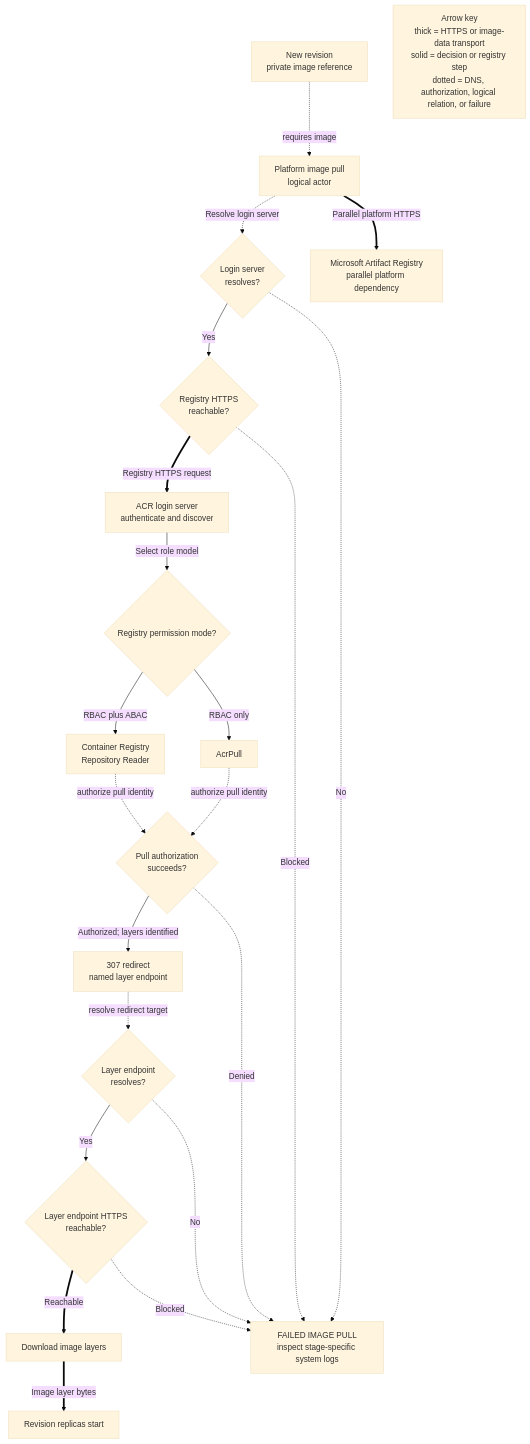
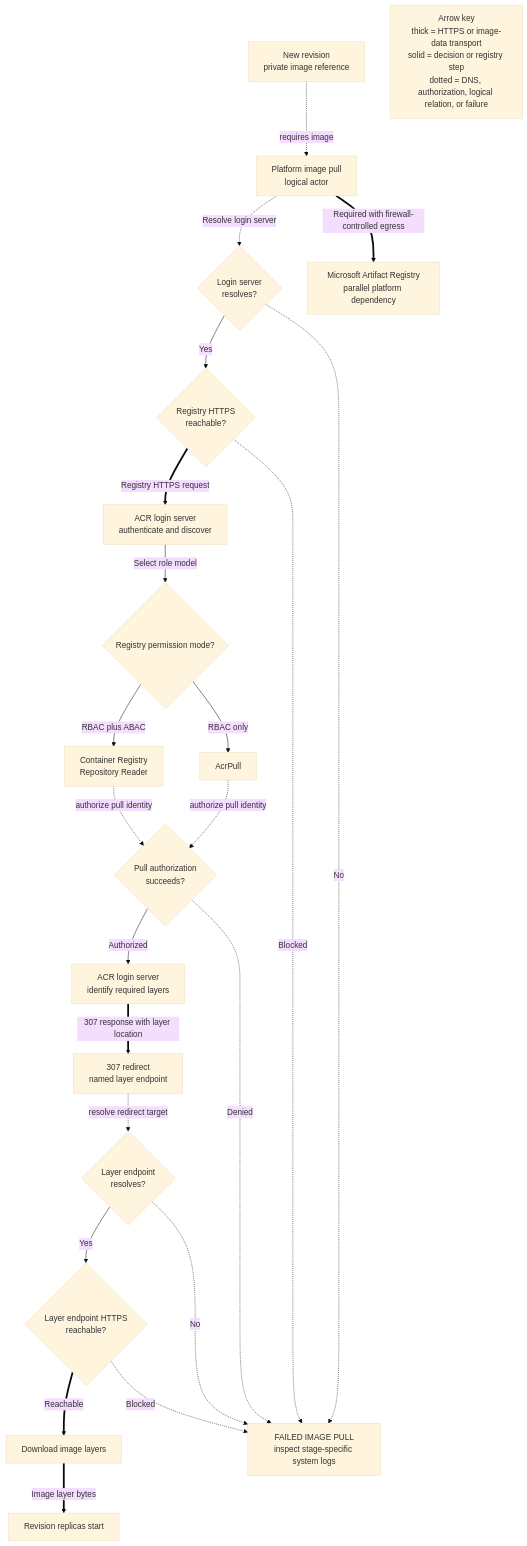
Before and after one commit to yeongseon/azure-container-apps-practical-guide: the diagram in docs/operations/image-pull-and-registry/index.md, drawn with Mermaid (base theme). The commit also changed other lines of this file and 1 other file, not shown here.

Commit message:
fix(diagrams): clarify compliance and image pull dependencies

````diff
--- a/docs/operations/image-pull-and-registry/index.md
+++ b/docs/operations/image-pull-and-registry/index.md
@@ -144,45 +146,47 @@
 ```mermaid
 flowchart TD
     accTitle: Azure Container Apps image pull decision flow
-    accDescr: A new revision needs an image. The platform resolves and reaches the registry login server before authentication and pull authorization. An ABAC-enabled registry requires Container Registry Repository Reader, while an RBAC-only registry requires AcrPull. After authorization and discovery, ACR redirects layer downloads with HTTP 307 to a named data endpoint or regional storage endpoint, which must also resolve and accept HTTPS. Microsoft Artifact Registry is a parallel platform dependency.
+    accDescr: A new revision needs an image. The platform resolves and reaches the registry login server before authentication and pull authorization. An ABAC-enabled registry requires Container Registry Repository Reader, while an RBAC-only registry requires AcrPull. After authorization, the ACR login server discovers the required layers and responds with an HTTP 307 redirect to a named data endpoint or regional storage endpoint, which must also resolve and accept HTTPS. In firewall-controlled environments, Microsoft Artifact Registry is a separate required platform dependency.
 
     REV_ACTIVE["New revision<br/>private image reference"]
     PULLER["Platform image pull<br/>logical actor"]
     LOGIN_DNS{"Login server<br/>resolves?"}
     LOGIN_HTTPS{"Registry HTTPS<br/>reachable?"}
     ACR["ACR login server<br/>authenticate and discover"]
     MODE{"Registry permission mode?"}
     ABAC["Container Registry<br/>Repository Reader"]
     RBAC["AcrPull"]
     AUTH{"Pull authorization<br/>succeeds?"}
+    DISCOVERY["ACR login server<br/>identify required layers"]
     REDIRECT["307 redirect<br/>named layer endpoint"]
     DATA_DNS{"Layer endpoint<br/>resolves?"}
     DATA_HTTPS{"Layer endpoint HTTPS<br/>reachable?"}
     LAYERS["Download image layers"]
     REPLICAS["Revision replicas start"]
     FAIL["FAILED IMAGE PULL<br/>inspect stage-specific system logs"]
     MCR["Microsoft Artifact Registry<br/>parallel platform dependency"]
 
     REV_ACTIVE -.->|"requires image"| PULLER
     PULLER -.->|"Resolve login server"| LOGIN_DNS
     LOGIN_DNS -->|"Yes"| LOGIN_HTTPS
     LOGIN_DNS -.->|"No"| FAIL
     LOGIN_HTTPS ==>|"Registry HTTPS request"| ACR
     LOGIN_HTTPS -.->|"Blocked"| FAIL
     ACR -->|"Select role model"| MODE
     MODE -->|"RBAC plus ABAC"| ABAC
     MODE -->|"RBAC only"| RBAC
     ABAC -.->|"authorize pull identity"| AUTH
     RBAC -.->|"authorize pull identity"| AUTH
-    AUTH -->|"Authorized; layers identified"| REDIRECT
+    AUTH -->|"Authorized"| DISCOVERY
     AUTH -.->|"Denied"| FAIL
+    DISCOVERY ==>|"307 response with layer location"| REDIRECT
     REDIRECT -.->|"resolve redirect target"| DATA_DNS
     DATA_DNS -->|"Yes"| DATA_HTTPS
     DATA_DNS -.->|"No"| FAIL
     DATA_HTTPS ==>|"Reachable"| LAYERS
     DATA_HTTPS -.->|"Blocked"| FAIL
     LAYERS ==>|"Image layer bytes"| REPLICAS
-    PULLER ==>|"Parallel platform HTTPS"| MCR
+    PULLER ==>|"Required with firewall-controlled egress"| MCR
 
     LEGEND["Arrow key<br/>thick = HTTPS or image-data transport<br/>solid = decision or registry step<br/>dotted = DNS, authorization, logical relation, or failure"]
 ```
````
